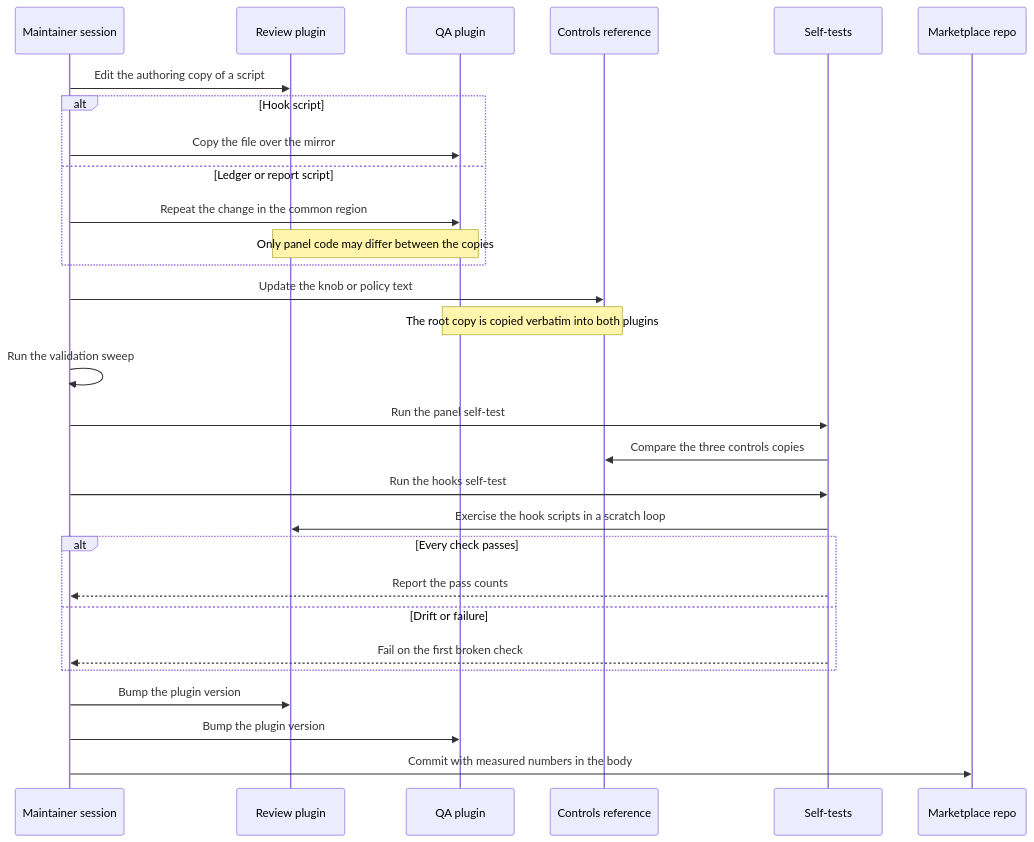
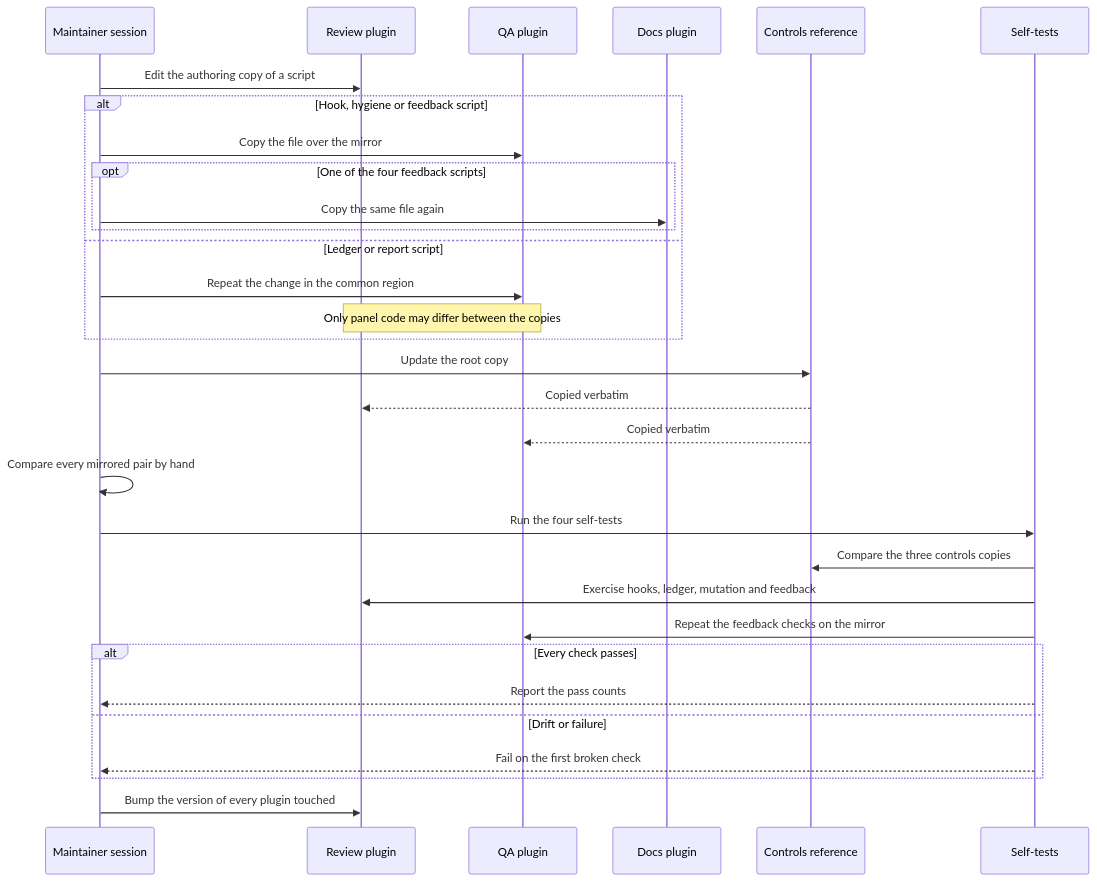
One commit to peterlit/quiller-claude-plugins changed the fifth of 18 diagrams in docs/architecture/overview.md. Above: the diagram before and after it, drawn with Mermaid. The commit also changed other lines of this file and 5 other files, not shown here.

````diff
--- a/docs/architecture/overview.md
+++ b/docs/architecture/overview.md
@@ -358,32 +287,34 @@
 ```mermaid
 sequenceDiagram
     participant M as Maintainer session
     participant RP as Review plugin
     participant QP as QA plugin
+    participant DP as Docs plugin
     participant CR as Controls reference
     participant ST as Self-tests
-    participant MR as Marketplace repo
 
     M->>RP: Edit the authoring copy of a script
-    alt Hook script
+    alt Hook, hygiene or feedback script
         M->>QP: Copy the file over the mirror
+        opt One of the four feedback scripts
+            M->>DP: Copy the same file again
+        end
     else Ledger or report script
         M->>QP: Repeat the change in the common region
         Note over RP,QP: Only panel code may differ between the copies
     end
-    M->>CR: Update the knob or policy text
-    Note over CR,QP: The root copy is copied verbatim into both plugins
-    M->>M: Run the validation sweep
-    M->>ST: Run the panel self-test
+    M->>CR: Update the root copy
+    CR-->>RP: Copied verbatim
+    CR-->>QP: Copied verbatim
+    M->>M: Compare every mirrored pair by hand
+    M->>ST: Run the four self-tests
     ST->>CR: Compare the three controls copies
-    M->>ST: Run the hooks self-test
-    ST->>RP: Exercise the hook scripts in a scratch loop
+    ST->>RP: Exercise hooks, ledger, mutation and feedback
+    ST->>QP: Repeat the feedback checks on the mirror
     alt Every check passes
         ST-->>M: Report the pass counts
     else Drift or failure
         ST-->>M: Fail on the first broken check
     end
-    M->>RP: Bump the plugin version
-    M->>QP: Bump the plugin version
-    M->>MR: Commit with measured numbers in the body
+    M->>RP: Bump the version of every plugin touched
 ```
````
